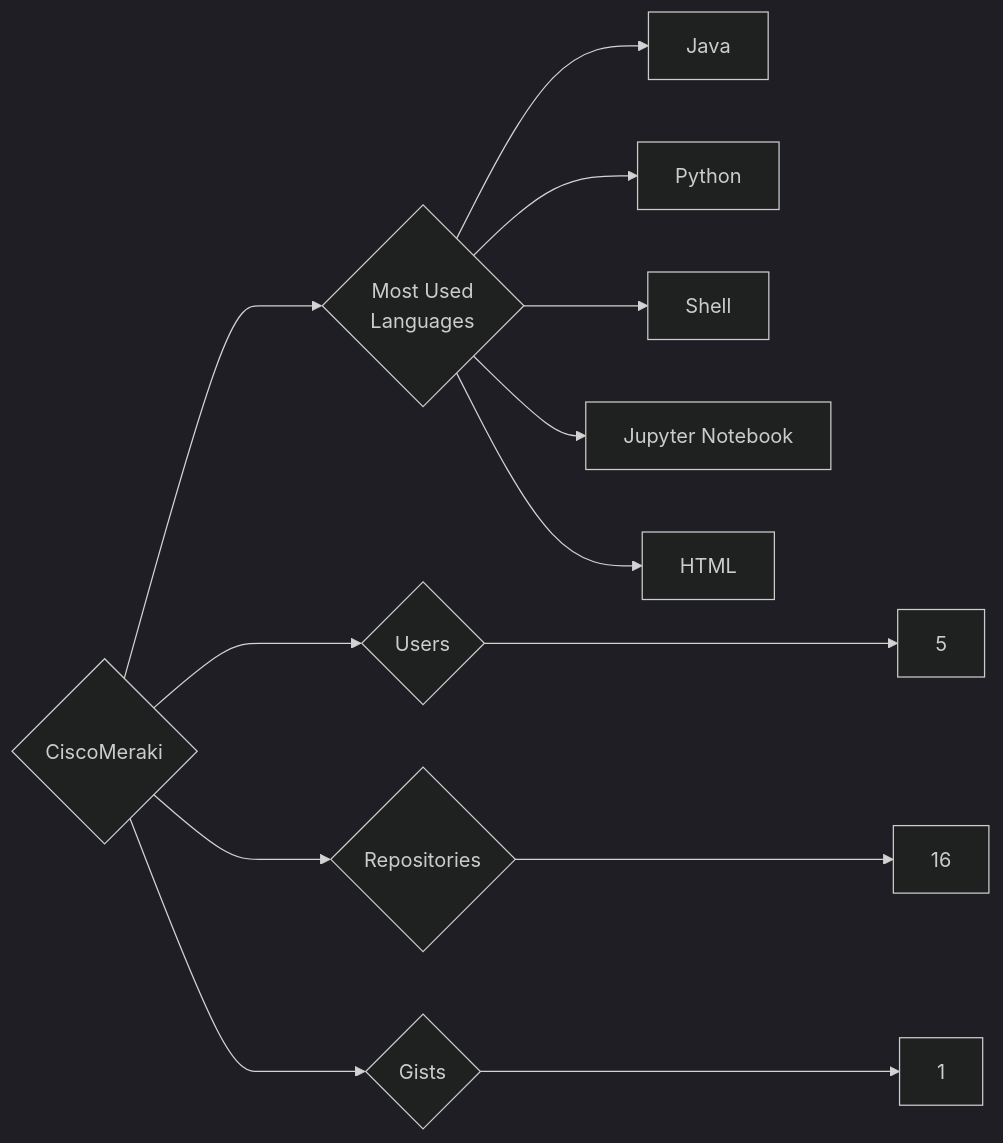
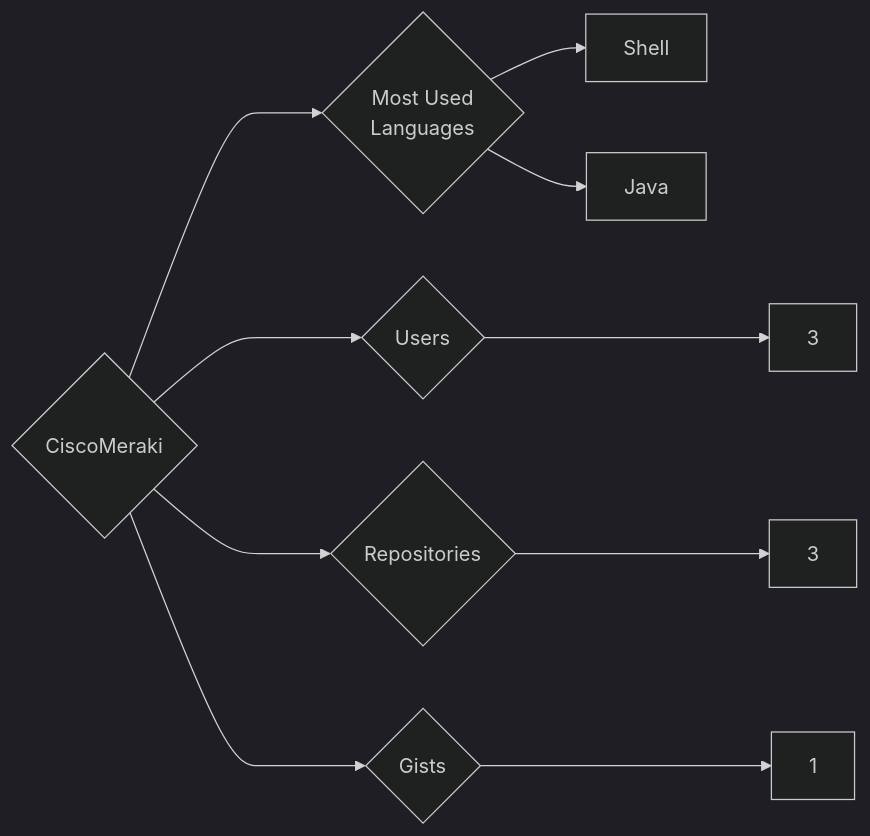
One commit to trickest/insiders changed the diagram in targets/CiscoMeraki/README.md. Above: the diagram before and after it, drawn with Mermaid (dark theme). The commit also changed 776 other files, not shown here.

````diff
--- a/targets/CiscoMeraki/README.md
+++ b/targets/CiscoMeraki/README.md
@@ -3,13 +3,10 @@
 ```mermaid
 graph LR
 COMPANY_NAME{CiscoMeraki}
-COMPANY_NAME ---> U{Users} ---> UN[5]
-COMPANY_NAME ---> R{Repositories} ---> RN[16]
+COMPANY_NAME ---> U{Users} ---> UN[3]
+COMPANY_NAME ---> R{Repositories} ---> RN[3]
 COMPANY_NAME ---> G{Gists} ---> GN[1]
 COMPANY_NAME ---> ML{Most Used<br>Languages}
+ML --> Shell[Shell]
 ML --> Java[Java]
-ML --> Python[Python]
-ML --> Shell[Shell]
-ML --> Jupyter_Notebook[Jupyter Notebook]
-ML --> HTML[HTML]
 ```
````
